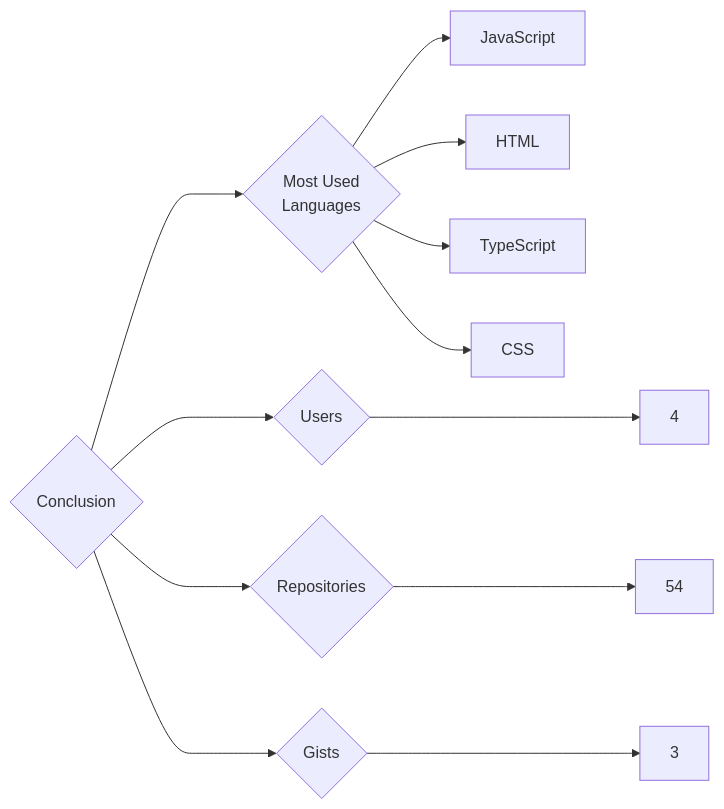
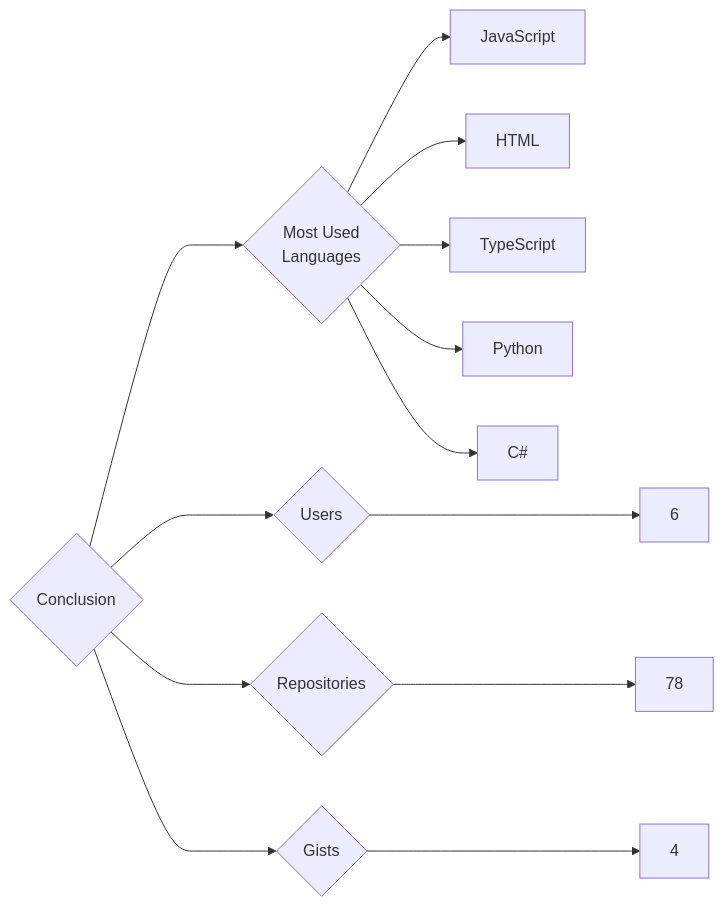
One commit to trickest/insiders changed the diagram in targets/Conclusion/README.md. Above: the diagram before and after it, drawn with Mermaid. The commit also changed 1092 other files, not shown here.

````diff
--- a/targets/Conclusion/README.md
+++ b/targets/Conclusion/README.md
@@ -3,12 +3,13 @@
 ```mermaid
 graph LR
 COMPANY_NAME{Conclusion}
-COMPANY_NAME ---> U{Users} ---> UN[4]
-COMPANY_NAME ---> R{Repositories} ---> RN[54]
-COMPANY_NAME ---> G{Gists} ---> GN[3]
+COMPANY_NAME ---> U{Users} ---> UN[6]
+COMPANY_NAME ---> R{Repositories} ---> RN[78]
+COMPANY_NAME ---> G{Gists} ---> GN[4]
 COMPANY_NAME ---> ML{Most Used<br>Languages}
 ML --> JavaScript[JavaScript]
 ML --> HTML[HTML]
 ML --> TypeScript[TypeScript]
-ML --> CSS[CSS]
+ML --> Python[Python]
+ML --> C#[C#]
 ```
````
